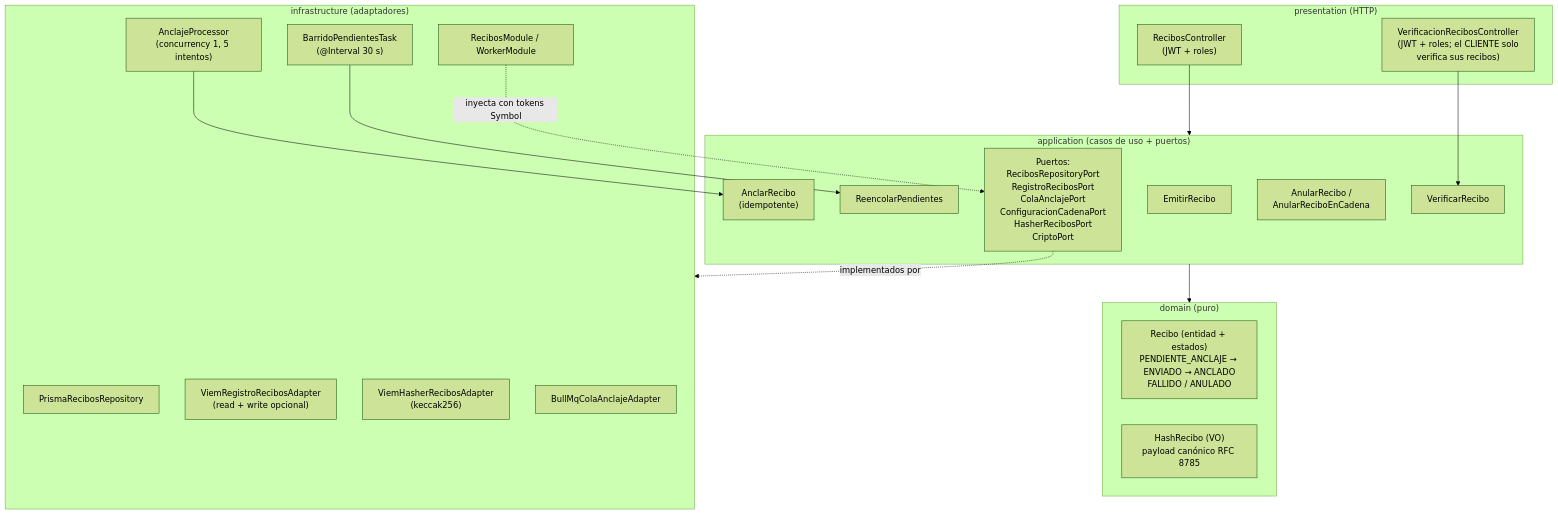
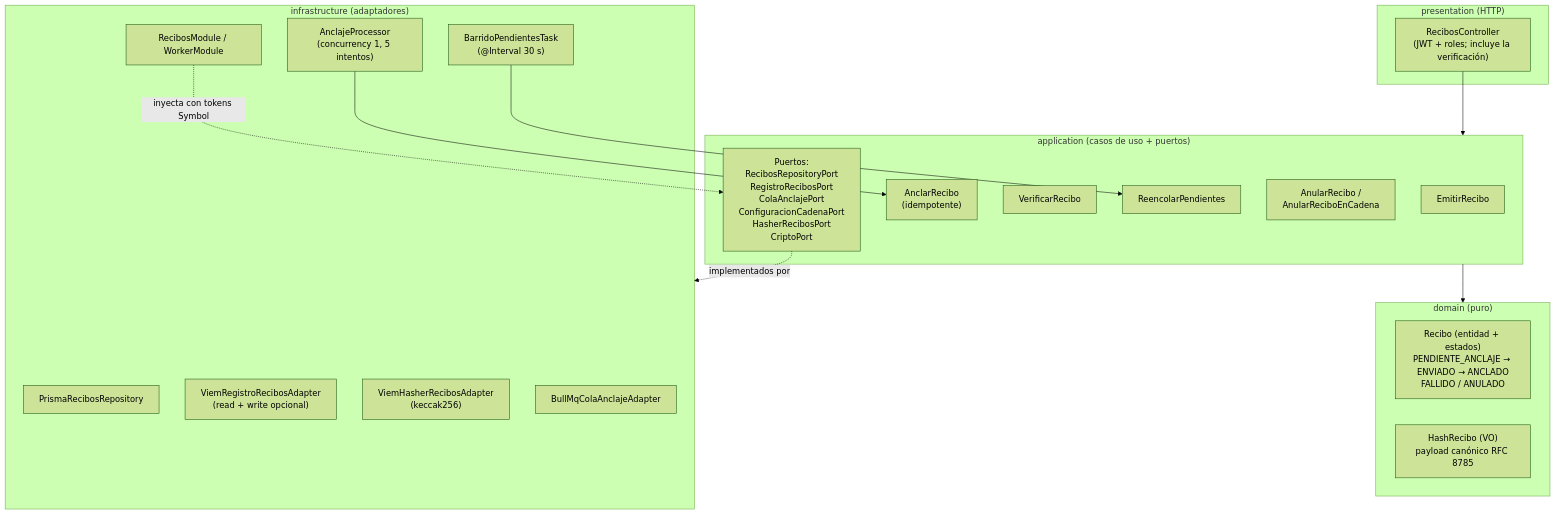
Before and after one commit to JohannCaizaguano/OasisSegurosAdministrativo: the diagram in docs/arquitectura/componentes-recibos.md, drawn with Mermaid (forest theme). The commit also changed other lines of this file and 16 other files, not shown here.

````diff
--- a/docs/arquitectura/componentes-recibos.md
+++ b/docs/arquitectura/componentes-recibos.md
@@ -6,39 +6,37 @@
 ```mermaid
 flowchart TB
   subgraph presentation["presentation (HTTP)"]
-    ctrl["RecibosController<br/>(JWT + roles)"]
-    pub["VerificacionRecibosController<br/>(JWT + roles; el CLIENTE solo<br/>verifica sus recibos)"]
+    ctrl["RecibosController<br/>(JWT + roles; incluye la verificación)"]
   end
 
   subgraph application["application (casos de uso + puertos)"]
     emitir["EmitirRecibo"]
     anclar["AnclarRecibo<br/>(idempotente)"]
     verificar["VerificarRecibo"]
     reencolar["ReencolarPendientes"]
     anular["AnularRecibo /<br/>AnularReciboEnCadena"]
     puertos["Puertos:<br/>RecibosRepositoryPort<br/>RegistroRecibosPort<br/>ColaAnclajePort<br/>ConfiguracionCadenaPort<br/>HasherRecibosPort<br/>CriptoPort"]
   end
 
   subgraph domain["domain (puro)"]
     recibo["Recibo (entidad + estados)<br/>PENDIENTE_ANCLAJE → ENVIADO → ANCLADO<br/>FALLIDO / ANULADO"]
     hash["HashRecibo (VO)<br/>payload canónico RFC 8785"]
   end
 
   subgraph infrastructure["infrastructure (adaptadores)"]
     prisma["PrismaRecibosRepository"]
     viem["ViemRegistroRecibosAdapter<br/>(read + write opcional)"]
     viemHash["ViemHasherRecibosAdapter<br/>(keccak256)"]
     bull["BullMqColaAnclajeAdapter"]
     proc["AnclajeProcessor<br/>(concurrency 1, 5 intentos)"]
     barrido["BarridoPendientesTask<br/>(@Interval 30 s)"]
     guard["RecibosModule / WorkerModule"]
   end
 
   ctrl --> application
-  pub --> verificar
   puertos -. implementados por .-> infrastructure
   application --> domain
   proc --> anclar
   barrido --> reencolar
   guard -. inyecta con tokens Symbol .-> puertos
 ```
````
